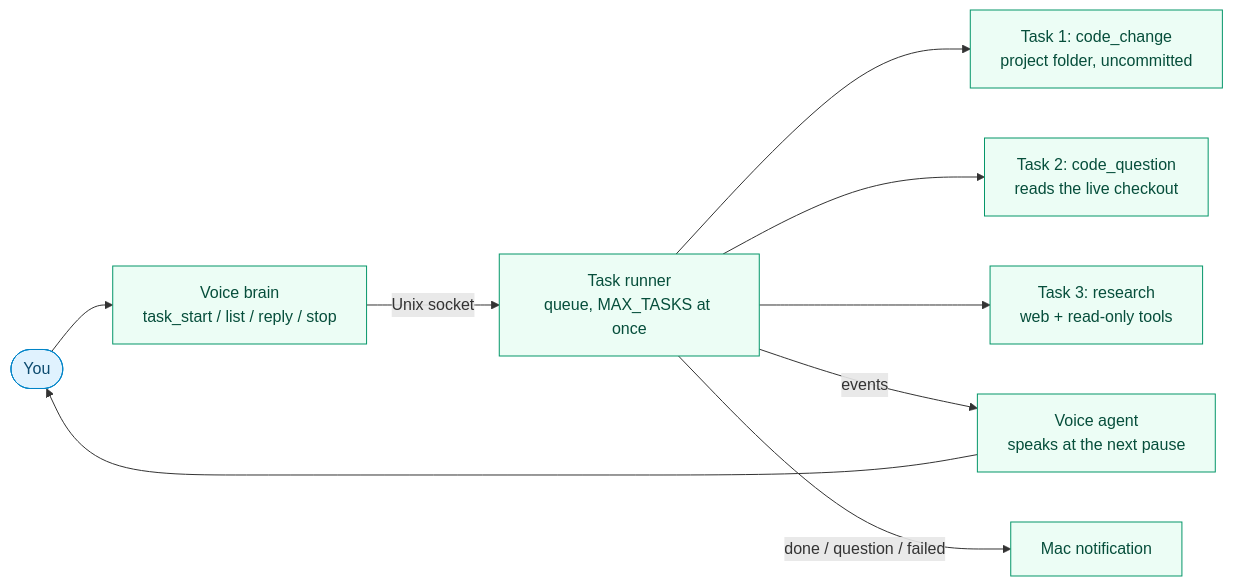
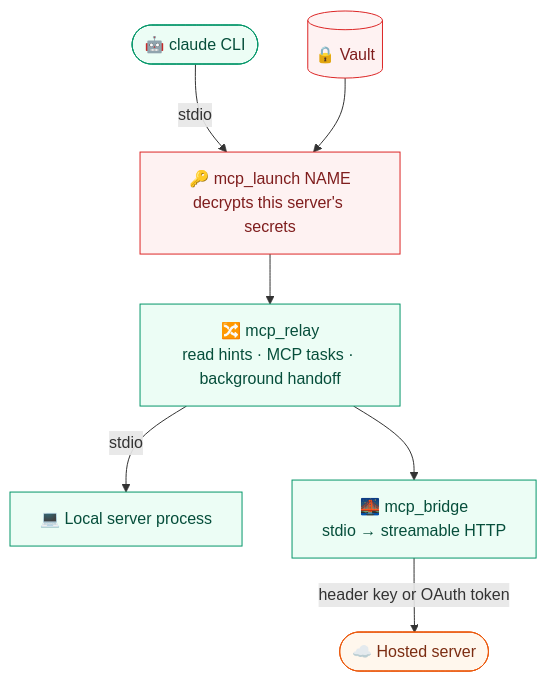
One commit to anilkumarmeena/alfred changed the third of 6 diagrams in docs/architecture.md. Above: the diagram before and after it, drawn with Mermaid. The commit also changed other lines of this file and 13 other files, not shown here.

````diff
--- a/docs/architecture.md
+++ b/docs/architecture.md
@@ -642,16 +358,16 @@
 ```mermaid
-flowchart LR
-    You(["You"]) --> Brain["Voice brain<br/>task_start / list / reply / stop"]
-    Brain -- "Unix socket" --> Runner["Task runner<br/>queue, MAX_TASKS at once"]
-    Runner --> T1["Task 1: code_change<br/>project folder, uncommitted"]
-    Runner --> T2["Task 2: code_question<br/>reads the live checkout"]
-    Runner --> T3["Task 3: research<br/>web + read-only tools"]
-    Runner -- "events" --> Agent["Voice agent<br/>speaks at the next pause"]
-    Runner -- "done / question / failed" --> Notif["Mac notification"]
-    Agent --> You
+flowchart TB
+    CLI(["🤖 claude CLI"]) -->|stdio| L["🔑 mcp_launch NAME<br/>decrypts this server's secrets"]
+    V[("🔒 Vault")] --> L
+    L --> R["🔀 mcp_relay<br/>read hints · MCP tasks · background handoff"]
+    R -->|stdio| P["💻 Local server process"]
+    R --> B["🌉 mcp_bridge<br/>stdio → streamable HTTP"]
+    B -->|"header key or OAuth token"| H(["☁️ Hosted server"])
 
-    classDef person fill:#e0f2fe,stroke:#0284c7,color:#0c4a6e
-    classDef local fill:#ecfdf5,stroke:#059669,color:#064e3b
-    class You person
-    class Brain,Runner,T1,T2,T3,Agent,Notif local
+    classDef mac fill:#ecfdf5,stroke:#059669,color:#064e3b
+    classDef cloud fill:#fff7ed,stroke:#ea580c,color:#7c2d12
+    classDef warn fill:#fef2f2,stroke:#dc2626,color:#7f1d1d
+    class CLI,R,B,P mac
+    class L,V warn
+    class H cloud
 ```
````
